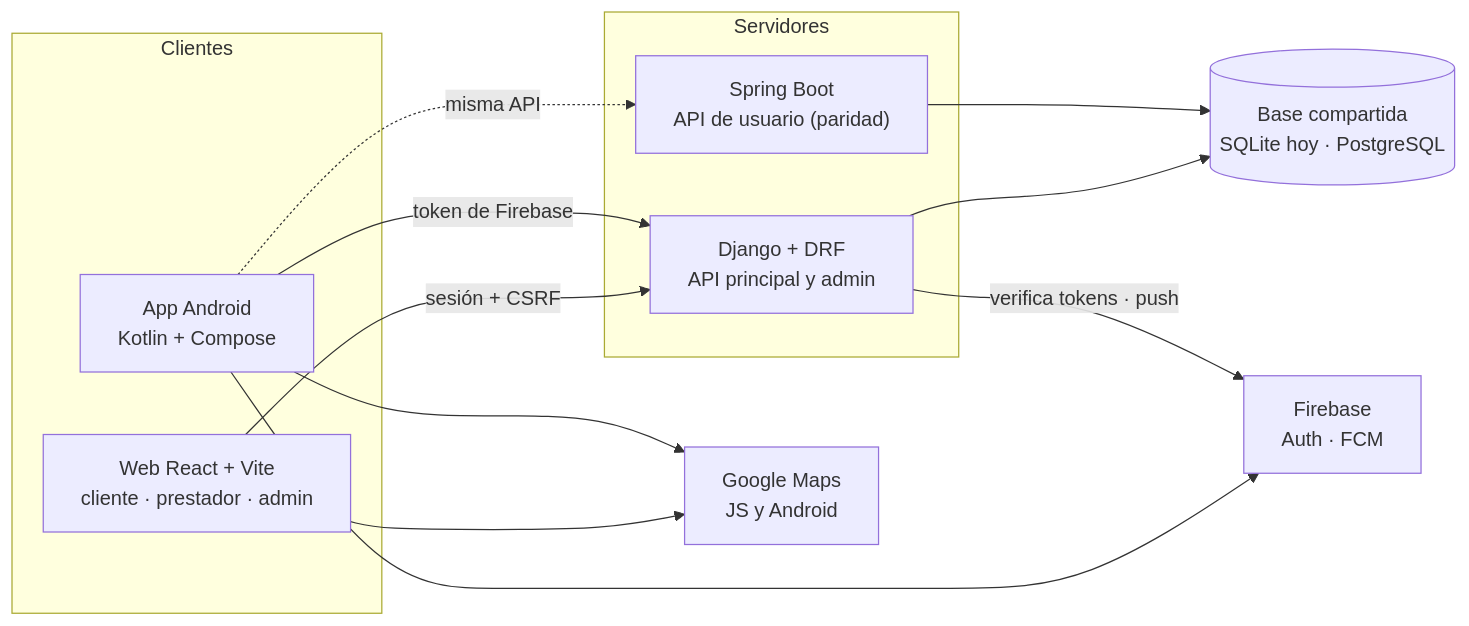
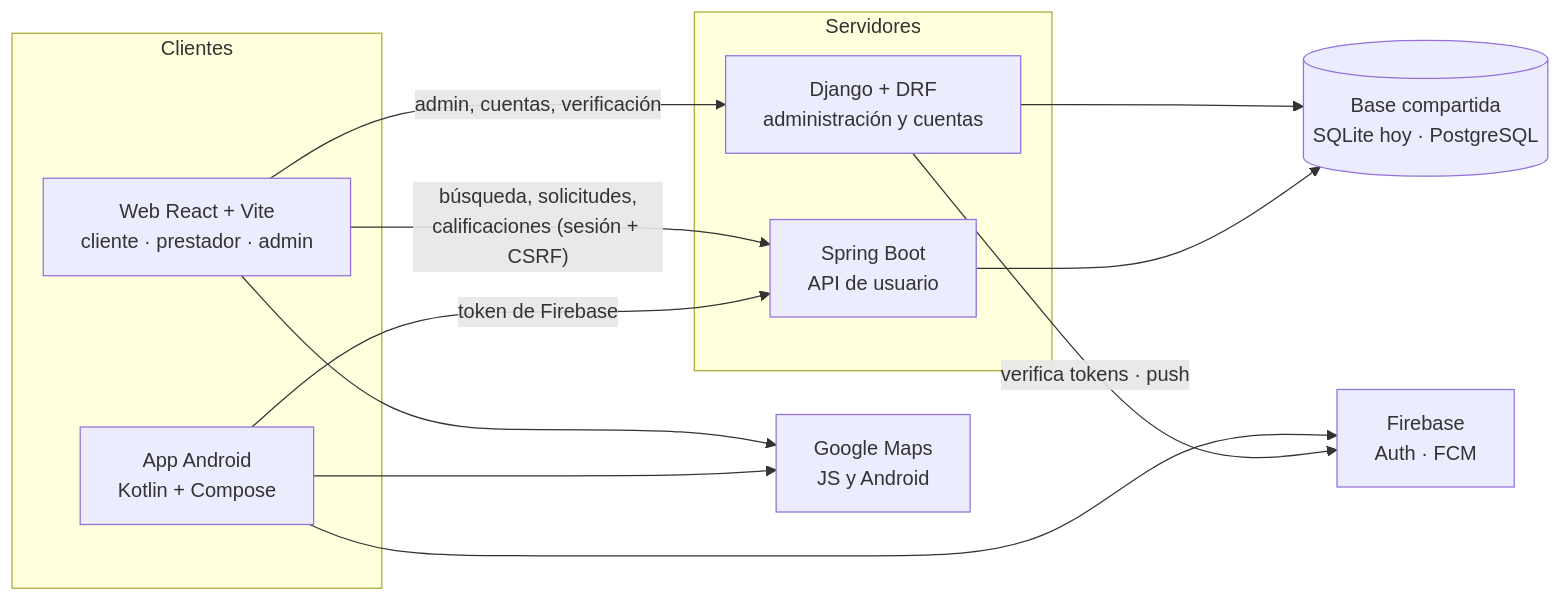
One commit to RXDG2908/Chamba-PE changed the first of 3 diagrams in README.md. Above: the diagram before and after it, drawn with Mermaid. The commit also changed other lines of this file and 34 other files, not shown here.

First line of the commit message:
Arquitectura: la app y la web de usuario usan Spring Boot

````diff
--- a/README.md
+++ b/README.md
@@ -175,23 +175,23 @@
 ```mermaid
 flowchart LR
   subgraph Clientes
     W["Web React + Vite<br/>cliente · prestador · admin"]
     A["App Android<br/>Kotlin + Compose"]
   end
   subgraph Servidores
-    D["Django + DRF<br/>API principal y admin"]
-    S["Spring Boot<br/>API de usuario (paridad)"]
+    D["Django + DRF<br/>administración y cuentas"]
+    S["Spring Boot<br/>API de usuario"]
   end
   DB[("Base compartida<br/>SQLite hoy · PostgreSQL")]
   F["Firebase<br/>Auth · FCM"]
   G["Google Maps<br/>JS y Android"]
-  W -- "sesión + CSRF" --> D
-  A -- "token de Firebase" --> D
-  A -. "misma API" .-> S
+  W -- "admin, cuentas, verificación" --> D
+  W -- "búsqueda, solicitudes,<br/>calificaciones (sesión + CSRF)" --> S
+  A -- "token de Firebase" --> S
   D --> DB
   S --> DB
   A --> F
   D -- "verifica tokens · push" --> F
   W --> G
   A --> G
 ```
````
